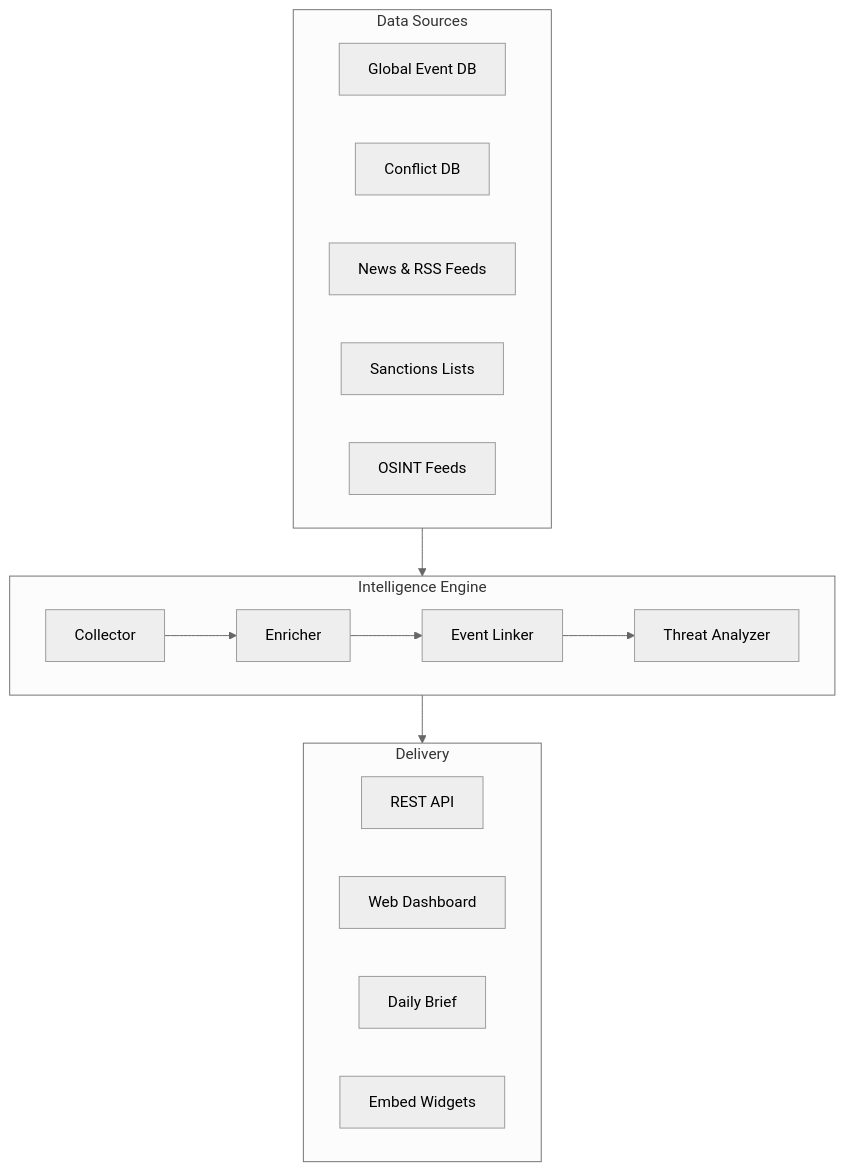
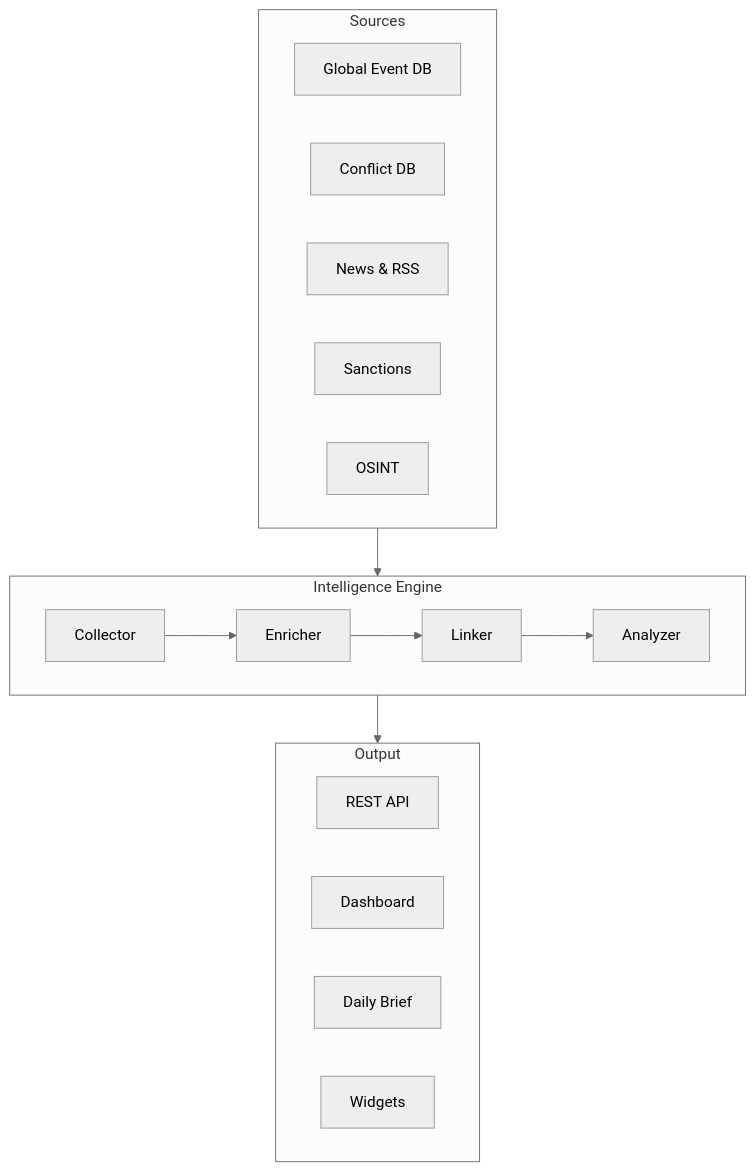
The second of 4 diagrams in README.md (lala-david/conflict-intel), drawn with Mermaid (neutral theme) before and after one commit. The commit also changed other lines of this file, not shown here.

````diff
--- a/README.md
+++ b/README.md
@@ -51,27 +68,28 @@
 ```mermaid
 flowchart TB
-    subgraph Sources[" Data Sources "]
-        S1["Global Event DB"]
-        S2["Conflict DB"]
-        S3["News & RSS Feeds"]
-        S4["Sanctions Lists"]
-        S5["OSINT Feeds"]
+    subgraph SRC["Sources"]
+        direction LR
+        s1["Global Event DB"]
+        s2["Conflict DB"]
+        s3["News & RSS"]
+        s4["Sanctions"]
+        s5["OSINT"]
     end
 
-    subgraph Core[" Intelligence Engine "]
+    subgraph ENG["Intelligence Engine"]
         direction LR
-        C1["Collector"] --> C2["Enricher"]
-        C2 --> C3["Event Linker"]
-        C3 --> C4["Threat Analyzer"]
+        e1["Collector"] --> e2["Enricher"]
+        e2 --> e3["Linker"]
+        e3 --> e4["Analyzer"]
     end
 
-    subgraph Outputs[" Delivery "]
-        O1["REST API"]
-        O2["Web Dashboard"]
-        O3["Daily Brief"]
-        O4["Embed Widgets"]
+    subgraph OUT["Output"]
+        direction LR
+        o1["REST API"]
+        o2["Dashboard"]
+        o3["Daily Brief"]
+        o4["Widgets"]
     end
 
-    Sources --> Core
-    Core --> Outputs
+    SRC --> ENG --> OUT
 ```
````
